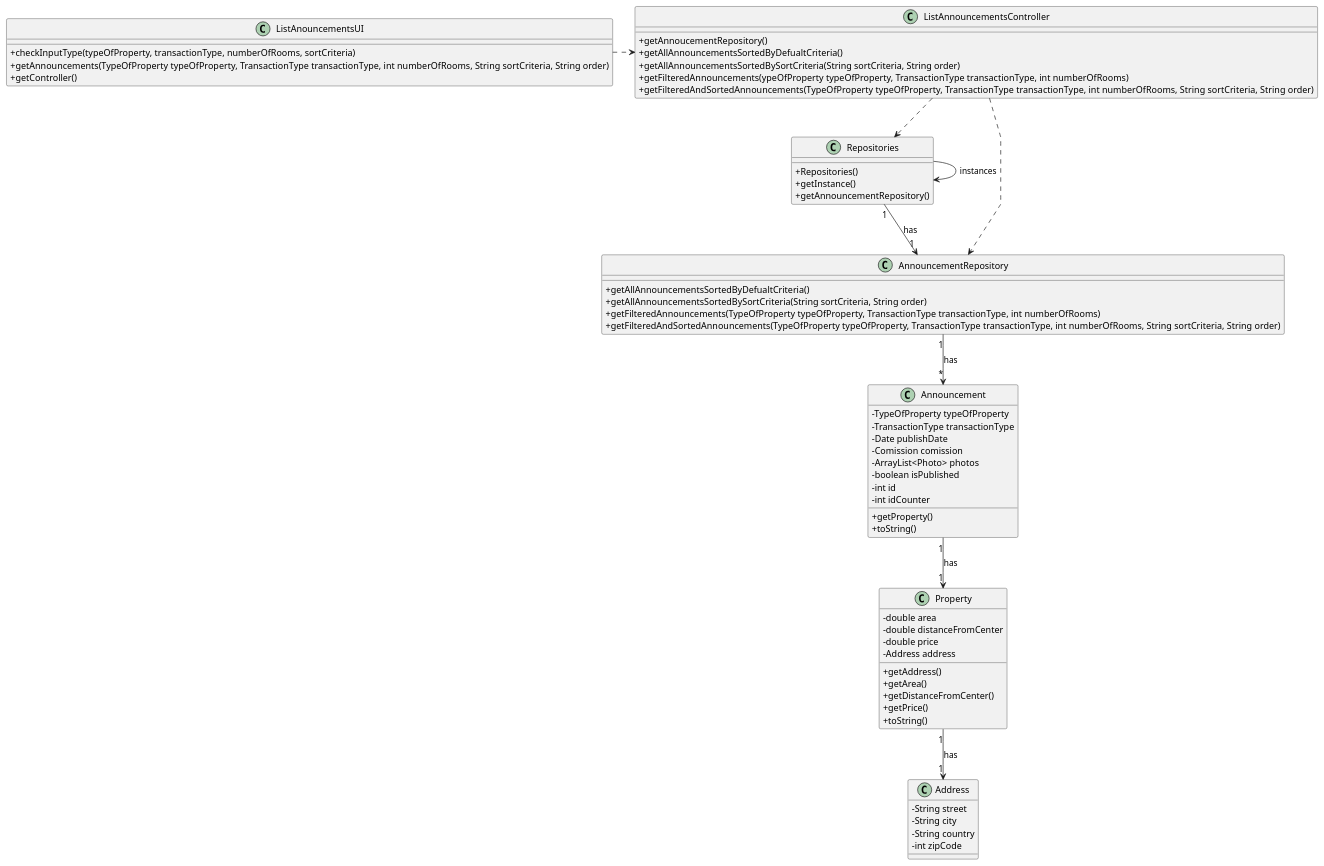
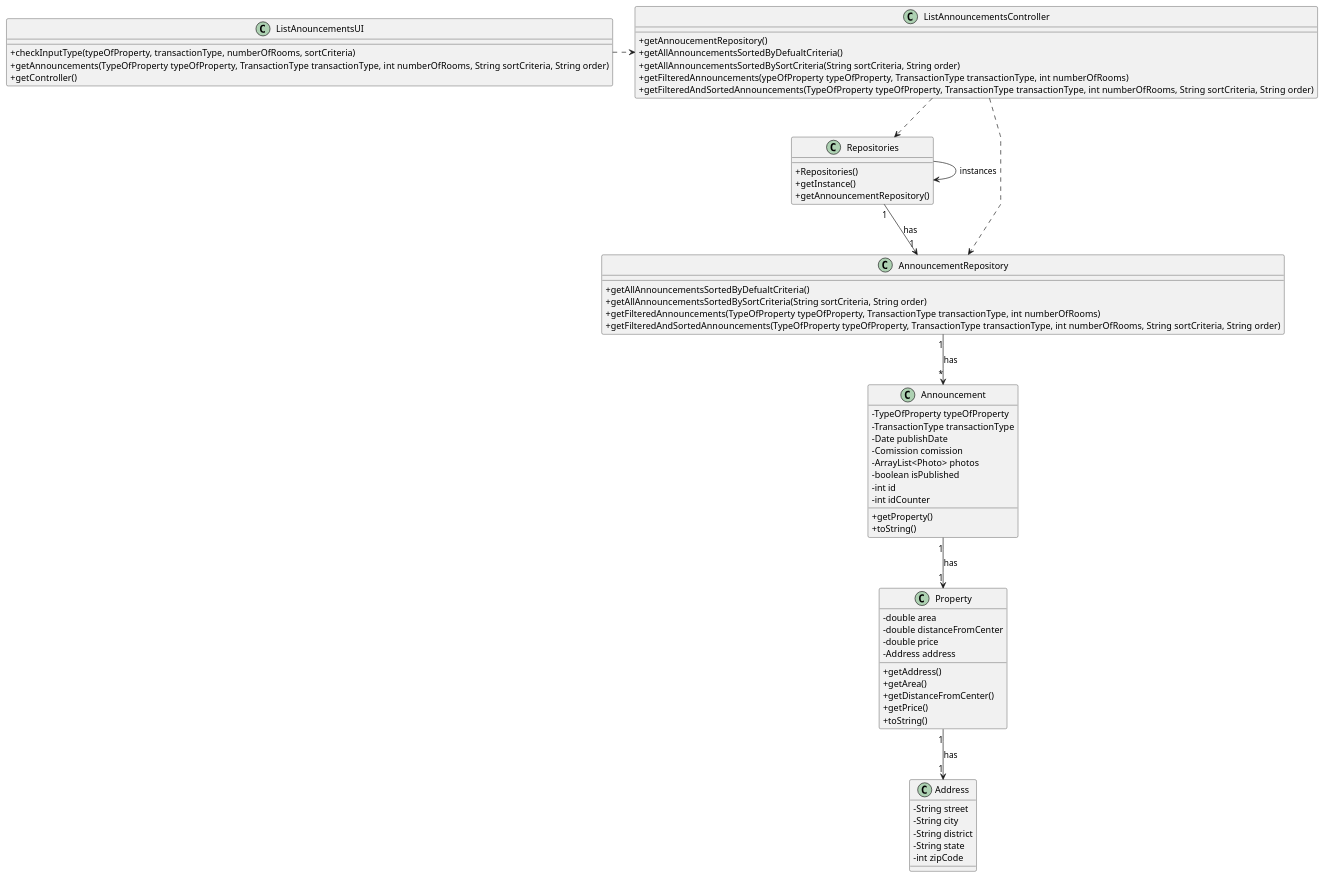
One commit to Goncalves2525/real-estate-management-system changed the diagram in docs/sprintB/global-artifacts/03.design/puml/class-diagram.puml. Above: the diagram before and after it, drawn with PlantUML. The commit also changed 3 other files, not shown here.

```diff
--- a/docs/sprintB/global-artifacts/03.design/puml/class-diagram.puml
+++ b/docs/sprintB/global-artifacts/03.design/puml/class-diagram.puml
@@ -1,87 +1,88 @@
 @startuml
 'skinparam monochrome true
 skinparam packageStyle rectangle
 skinparam shadowing false
 skinparam linetype polyline
 'skinparam linetype orto
 
 skinparam classAttributeIconSize 0
 
 'left to right directio
 class Property{
       - double area
       - double distanceFromCenter
       - double price
       - Address address
       + getAddress()
       + getArea()
       + getDistanceFromCenter()
       + getPrice()
       + toString()
 }
 
 class Announcement {
    - TypeOfProperty typeOfProperty
    - TransactionType transactionType
    - Date publishDate
    - Comission comission
    - ArrayList<Photo> photos
    - boolean isPublished
    - int id
    - int idCounter
    + getProperty()
    + toString()
 }
 
 class AnnouncementRepository {
     +getAllAnnouncementsSortedByDefualtCriteria()
     +getAllAnnouncementsSortedBySortCriteria(String sortCriteria, String order)
     +getFilteredAnnouncements(TypeOfProperty typeOfProperty, TransactionType transactionType, int numberOfRooms)
     +getFilteredAndSortedAnnouncements(TypeOfProperty typeOfProperty, TransactionType transactionType, int numberOfRooms, String sortCriteria, String order)
 }
 
 class Repositories {
     +Repositories()
     +getInstance()
     +getAnnouncementRepository()
 }
 
 class ListAnnouncementsController {
      +getAnnoucementRepository()
      +getAllAnnouncementsSortedByDefualtCriteria()
      +getAllAnnouncementsSortedBySortCriteria(String sortCriteria, String order)
      +getFilteredAnnouncements(ypeOfProperty typeOfProperty, TransactionType transactionType, int numberOfRooms)
      +getFilteredAndSortedAnnouncements(TypeOfProperty typeOfProperty, TransactionType transactionType, int numberOfRooms, String sortCriteria, String order)
 }
 
 class ListAnouncementsUI {
     +checkInputType(typeOfProperty, transactionType, numberOfRooms, sortCriteria)
     +getAnnouncements(TypeOfProperty typeOfProperty, TransactionType transactionType, int numberOfRooms, String sortCriteria, String order)
     +getController()
 }
 
 class Address{
     - String street
     - String city
-    - String country
+    - String district
+    - String state
     - int zipCode
 }
 
 Repositories -> Repositories : instances
 
 ListAnouncementsUI .> ListAnnouncementsController
 
 ListAnnouncementsController ..> Repositories
 
 Repositories "1" --> "1" AnnouncementRepository : has
 
 ListAnnouncementsController ..> AnnouncementRepository
 
 AnnouncementRepository "1" --> "*" Announcement : has
 
 Announcement "1" --> "1" Property : has
 
 Property "1" --> "1" Address : has
 
 
 @enduml
```
